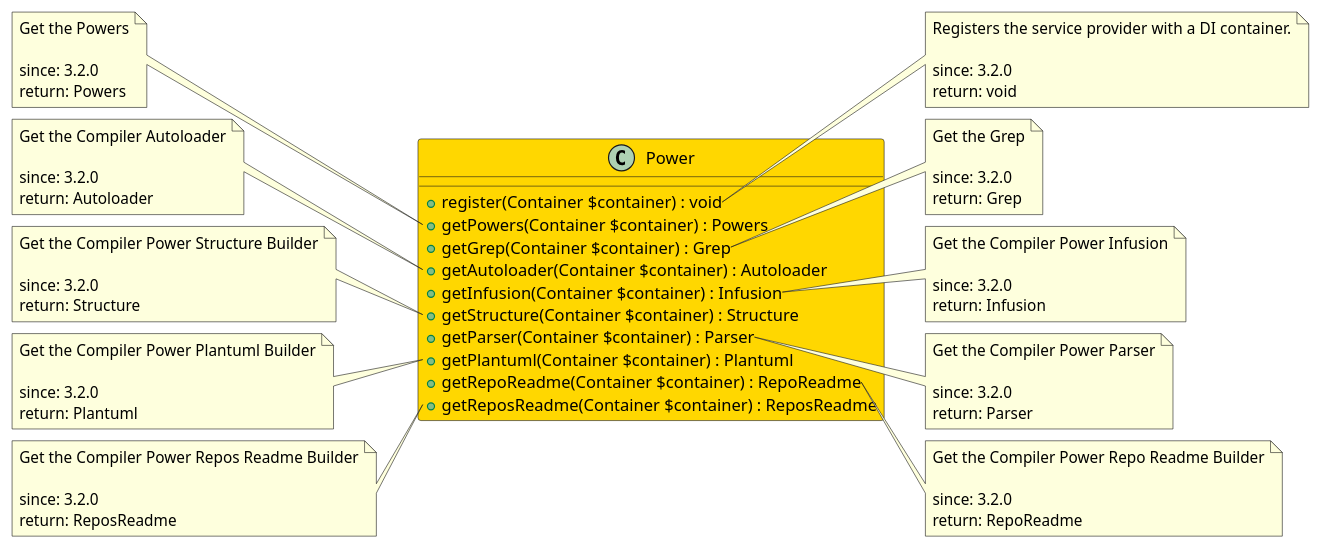
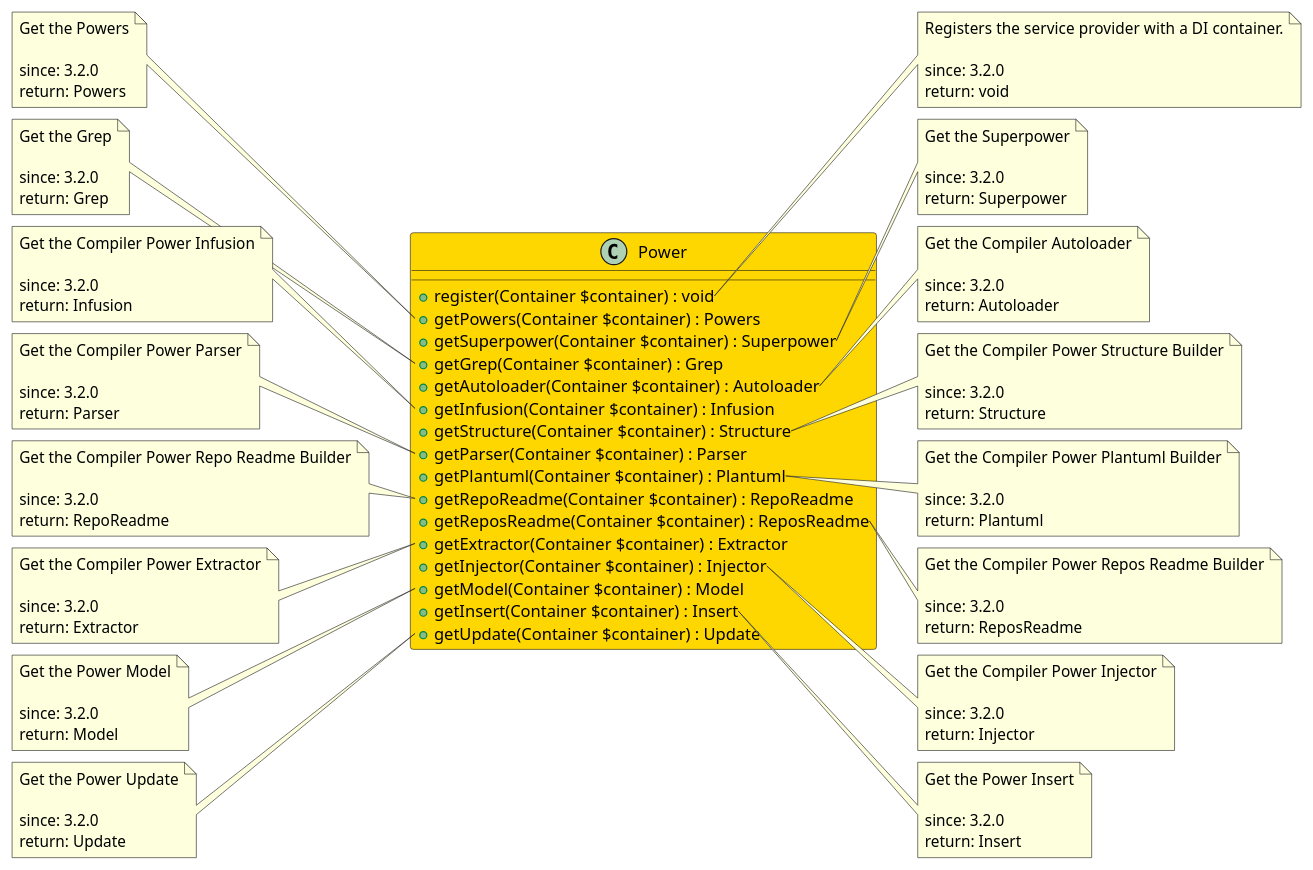
Before and after one commit to joomengine/jcb-compiler: the diagram in src/de01527a-6586-46ea-92e7-11ea3de1cedb/README.md, drawn with PlantUML. The commit also changed 65 other files, not shown here.

````diff
--- a/src/de01527a-6586-46ea-92e7-11ea3de1cedb/README.md
+++ b/src/de01527a-6586-46ea-92e7-11ea3de1cedb/README.md
@@ -13,6 +13,7 @@
 class Power  #Gold {
   + register(Container $container) : void
   + getPowers(Container $container) : Powers
+  + getSuperpower(Container $container) : Superpower
   + getGrep(Container $container) : Grep
   + getAutoloader(Container $container) : Autoloader
   + getInfusion(Container $container) : Infusion
@@ -21,6 +22,11 @@
   + getPlantuml(Container $container) : Plantuml
   + getRepoReadme(Container $container) : RepoReadme
   + getReposReadme(Container $container) : ReposReadme
+  + getExtractor(Container $container) : Extractor
+  + getInjector(Container $container) : Injector
+  + getModel(Container $container) : Model
+  + getInsert(Container $container) : Insert
+  + getUpdate(Container $container) : Update
 }
 
 note right of Power::register
@@ -37,61 +43,103 @@
   return: Powers
 end note
 
-note right of Power::getGrep
+note right of Power::getSuperpower
+  Get the Superpower
+
+  since: 3.2.0
+  return: Superpower
+end note
+
+note left of Power::getGrep
   Get the Grep
 
   since: 3.2.0
   return: Grep
 end note
 
-note left of Power::getAutoloader
+note right of Power::getAutoloader
   Get the Compiler Autoloader
 
   since: 3.2.0
   return: Autoloader
 end note
 
-note right of Power::getInfusion
+note left of Power::getInfusion
   Get the Compiler Power Infusion
 
   since: 3.2.0
   return: Infusion
 end note
 
-note left of Power::getStructure
+note right of Power::getStructure
   Get the Compiler Power Structure Builder
 
   since: 3.2.0
   return: Structure
 end note
 
-note right of Power::getParser
+note left of Power::getParser
   Get the Compiler Power Parser
 
   since: 3.2.0
   return: Parser
 end note
 
-note left of Power::getPlantuml
+note right of Power::getPlantuml
   Get the Compiler Power Plantuml Builder
 
   since: 3.2.0
   return: Plantuml
 end note
 
-note right of Power::getRepoReadme
+note left of Power::getRepoReadme
   Get the Compiler Power Repo Readme Builder
 
   since: 3.2.0
   return: RepoReadme
 end note
 
-note left of Power::getReposReadme
+note right of Power::getReposReadme
   Get the Compiler Power Repos Readme Builder
 
   since: 3.2.0
   return: ReposReadme
 end note
+
+note left of Power::getExtractor
+  Get the Compiler Power Extractor
+
+  since: 3.2.0
+  return: Extractor
+end note
+
+note right of Power::getInjector
+  Get the Compiler Power Injector
+
+  since: 3.2.0
+  return: Injector
+end note
+
+note left of Power::getModel
+  Get the Power Model
+
+  since: 3.2.0
+  return: Model
+end note
+
+note right of Power::getInsert
+  Get the Power Insert
+
+  since: 3.2.0
+  return: Insert
+end note
+
+note left of Power::getUpdate
+  Get the Power Update
+
+  since: 3.2.0
+  return: Update
+end note
  
 @enduml
 ```
````
